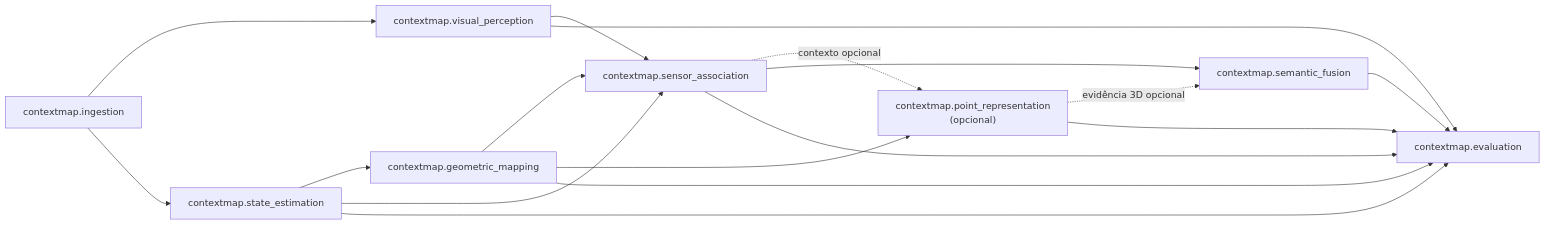
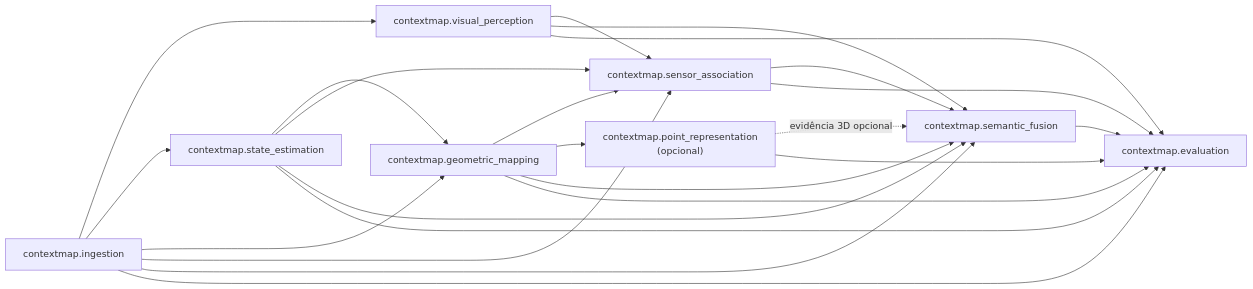
One commit to Alexandre-Tortoza/contextmap2 changed the diagram in docs/module-api.md. Above: the diagram before and after it, drawn with Mermaid. The commit also changed other lines of this file and 30 other files, not shown here.

````diff
--- a/docs/module-api.md
+++ b/docs/module-api.md
@@ -36,20 +36,26 @@
 ```mermaid
 flowchart LR
     ING["contextmap.ingestion"] --> VP["contextmap.visual_perception"]
     ING --> ST["contextmap.state_estimation"]
+    ING --> GM["contextmap.geometric_mapping"]
     ST --> GM["contextmap.geometric_mapping"]
+    ING --> SA["contextmap.sensor_association"]
     VP --> SA["contextmap.sensor_association"]
     ST --> SA
     GM --> SA
     GM --> PR["contextmap.point_representation<br/>(opcional)"]
-    SA -. contexto opcional .-> PR
+    ING --> SF["contextmap.semantic_fusion"]
+    VP --> SF
+    ST --> SF
+    GM --> SF
     SA --> SF["contextmap.semantic_fusion"]
     PR -. evidência 3D opcional .-> SF
 
+    ING --> EV["contextmap.evaluation"]
     VP --> EV["contextmap.evaluation"]
     ST --> EV
     GM --> EV
     SA --> EV
     PR --> EV
     SF --> EV
 ```
````
